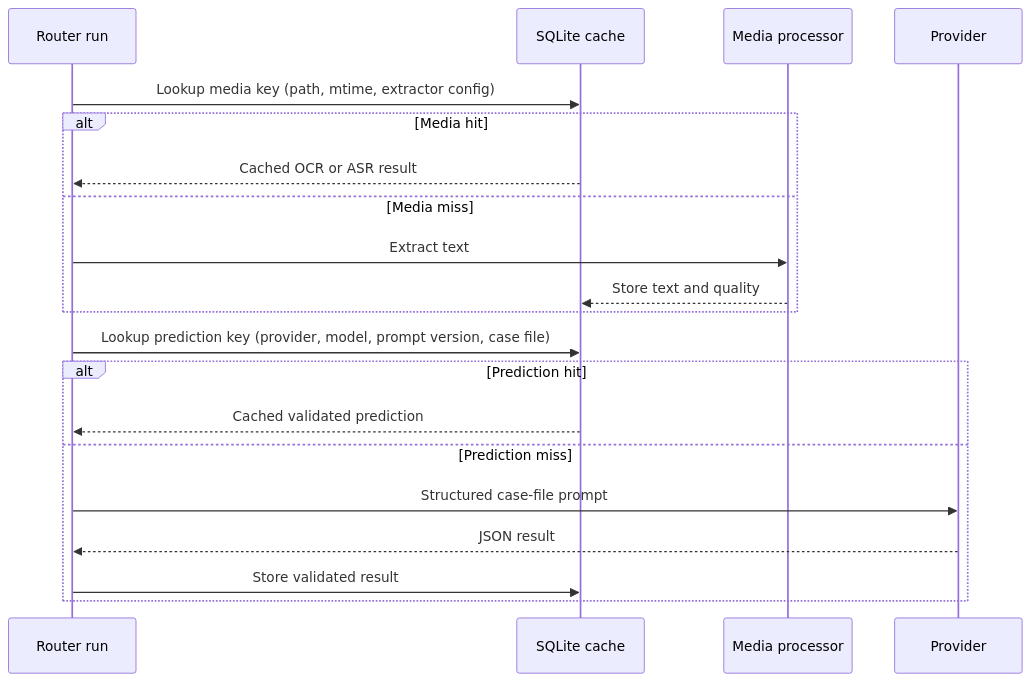
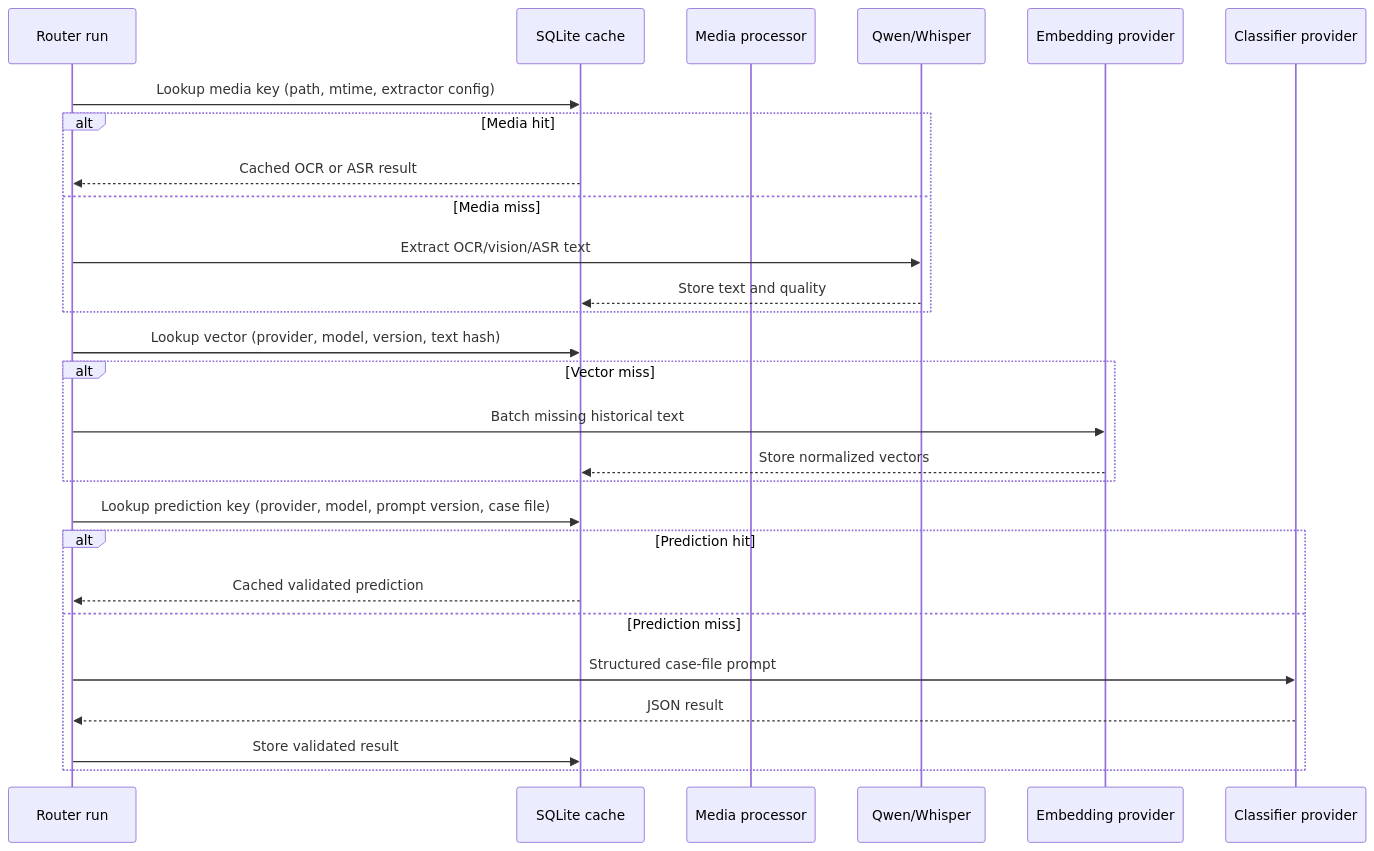
One commit to shiva-reddy-1001/whatsapp-notification-router changed the fifth of 7 diagrams in ARCHITECTURE.md. Above: the diagram before and after it, drawn with Mermaid. The commit also changed other lines of this file and 20 other files, not shown here.

````diff
--- a/ARCHITECTURE.md
+++ b/ARCHITECTURE.md
@@ -111,23 +121,30 @@
 ```mermaid
 sequenceDiagram
     participant Run as Router run
     participant Cache as SQLite cache
     participant Media as Media processor
-    participant Model as Provider
+    participant Vision as Qwen/Whisper
+    participant Embed as Embedding provider
+    participant Model as Classifier provider
 
     Run->>Cache: Lookup media key (path, mtime, extractor config)
     alt Media hit
         Cache-->>Run: Cached OCR or ASR result
     else Media miss
-        Run->>Media: Extract text
-        Media-->>Cache: Store text and quality
+        Run->>Vision: Extract OCR/vision/ASR text
+        Vision-->>Cache: Store text and quality
+    end
+    Run->>Cache: Lookup vector (provider, model, version, text hash)
+    alt Vector miss
+        Run->>Embed: Batch missing historical text
+        Embed-->>Cache: Store normalized vectors
     end
     Run->>Cache: Lookup prediction key (provider, model, prompt version, case file)
     alt Prediction hit
         Cache-->>Run: Cached validated prediction
     else Prediction miss
         Run->>Model: Structured case-file prompt
         Model-->>Run: JSON result
         Run->>Cache: Store validated result
     end
 ```
````
